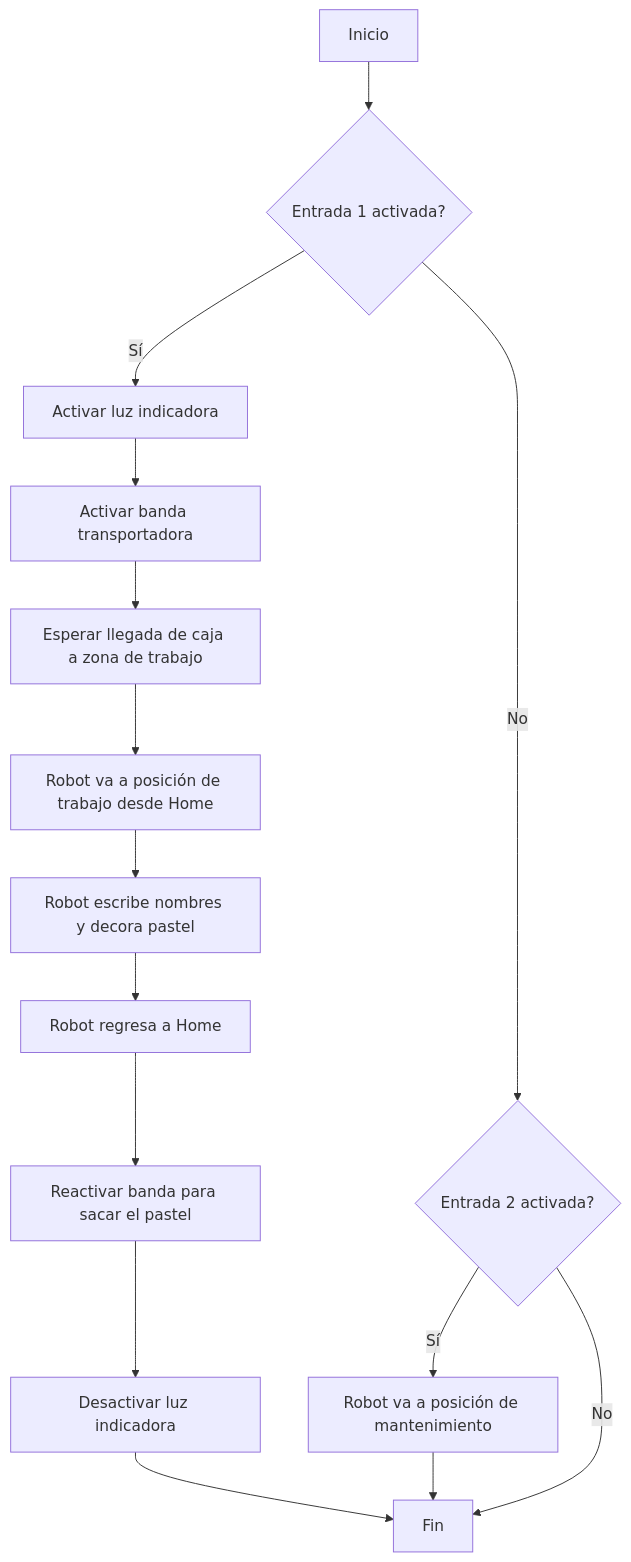
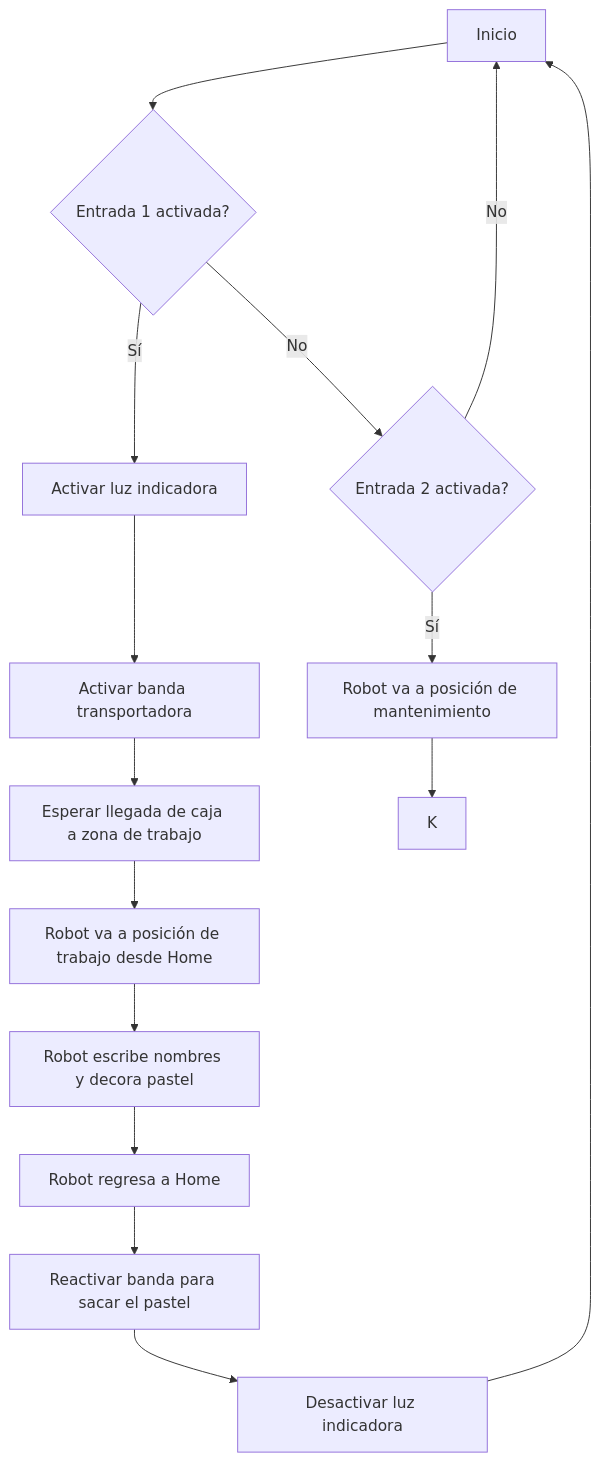
The diagram in README.md (SirSantiago93/Lab2RoboticaIndustrial), drawn with Mermaid before and after one commit.

````diff
--- a/README.md
+++ b/README.md
@@ -6,18 +6,18 @@
 ```mermaid
 flowchart TD
     A[Inicio] --> B{Entrada 1 activada?}
     B -- Sí --> C[Activar luz indicadora]
     C --> D[Activar banda transportadora]
     D --> E[Esperar llegada de caja a zona de trabajo]
     E --> F[Robot va a posición de trabajo desde Home]
     F --> G[Robot escribe nombres y decora pastel]
     G --> H[Robot regresa a Home]
     H --> I[Reactivar banda para sacar el pastel]
     I --> J[Desactivar luz indicadora]
-    J --> K[Fin]
+    J --> A
 
     B -- No --> L{Entrada 2 activada?}
     L -- Sí --> M[Robot va a posición de mantenimiento]
     M --> K
-    L -- No --> K
+    L -- No --> A
 ```
````
